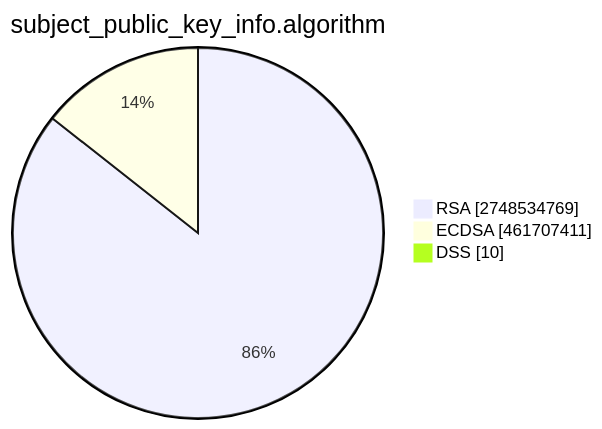
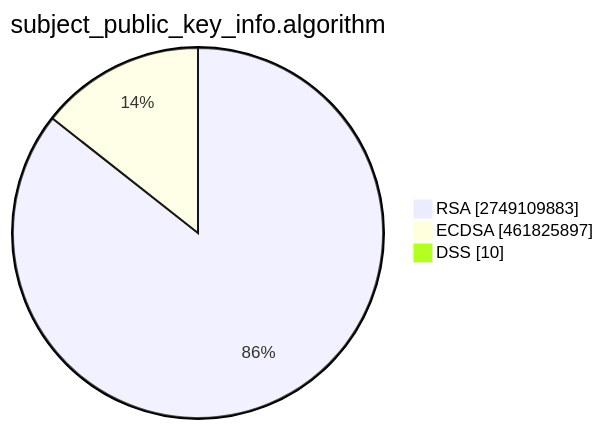
The second of 15 diagrams in TOTAL/README.md (christiankrug/ctmonitor_visualization), drawn with Mermaid before and after one commit. The commit also changed other lines of this file, not shown here.

````diff
--- a/TOTAL/README.md
+++ b/TOTAL/README.md
@@ -6,7 +6,7 @@
 ```mermaid
 pie showData
 title subject_public_key_info.algorithm
-"RSA" :2748534769
-"ECDSA" :461707411
+"RSA" :2749109883
+"ECDSA" :461825897
 "DSS" :10
 ```
````
